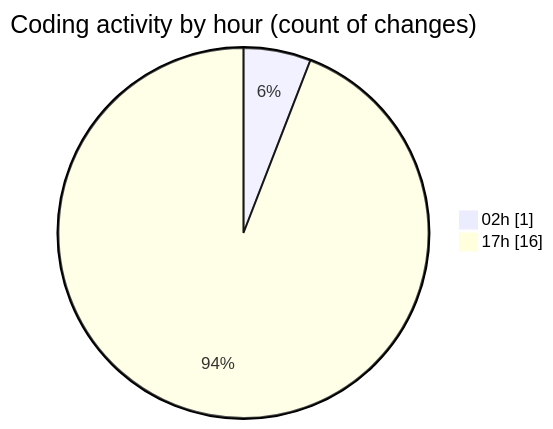
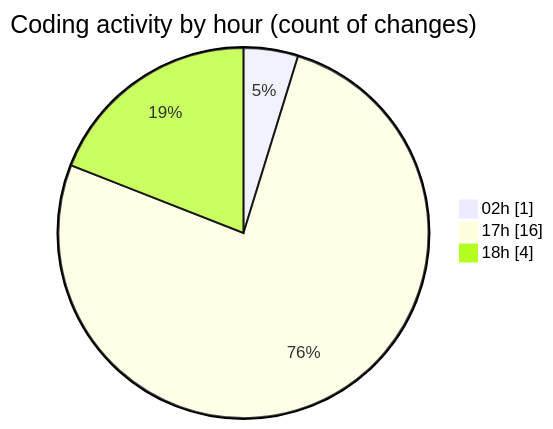
The second of 2 diagrams in 2025-07-28/_claude/README.md (EIIisD/code-tracking), drawn with Mermaid before and after one commit. The commit also changed other lines of this file and 1 other file, not shown here.

````diff
--- a/2025-07-28/_claude/README.md
+++ b/2025-07-28/_claude/README.md
@@ -28,6 +29,7 @@
 ```mermaid
 pie showData
 title Coding activity by hour (count of changes)
 "02h" : 1
 "17h" : 16
+"18h" : 4
 ```
````
